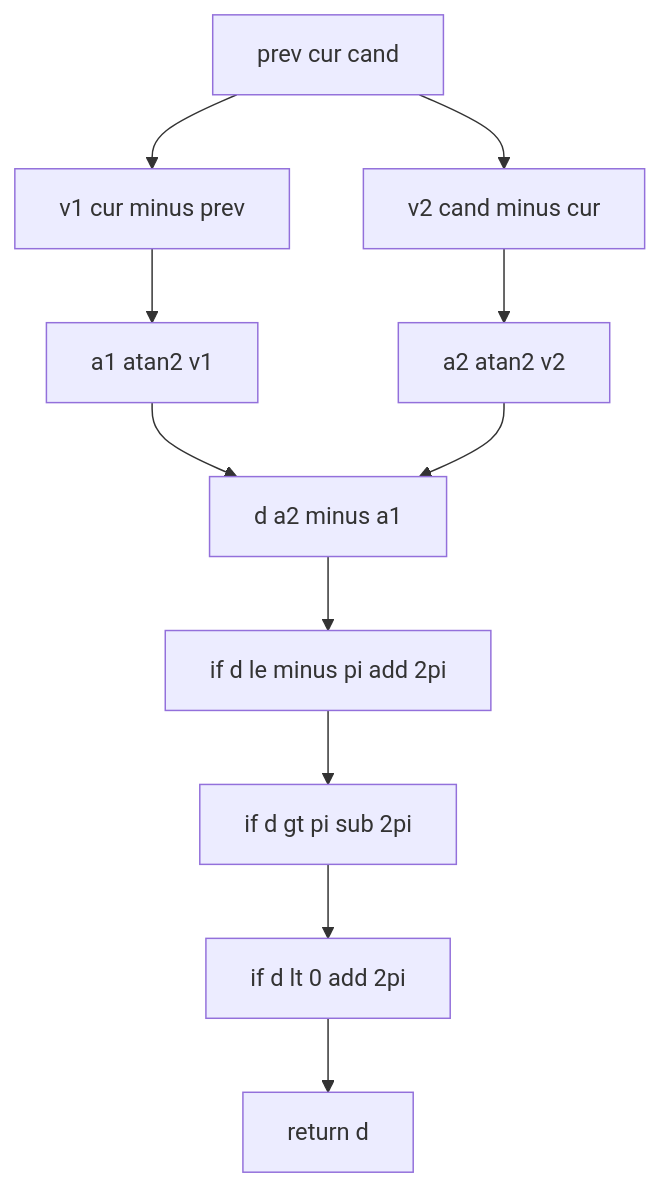
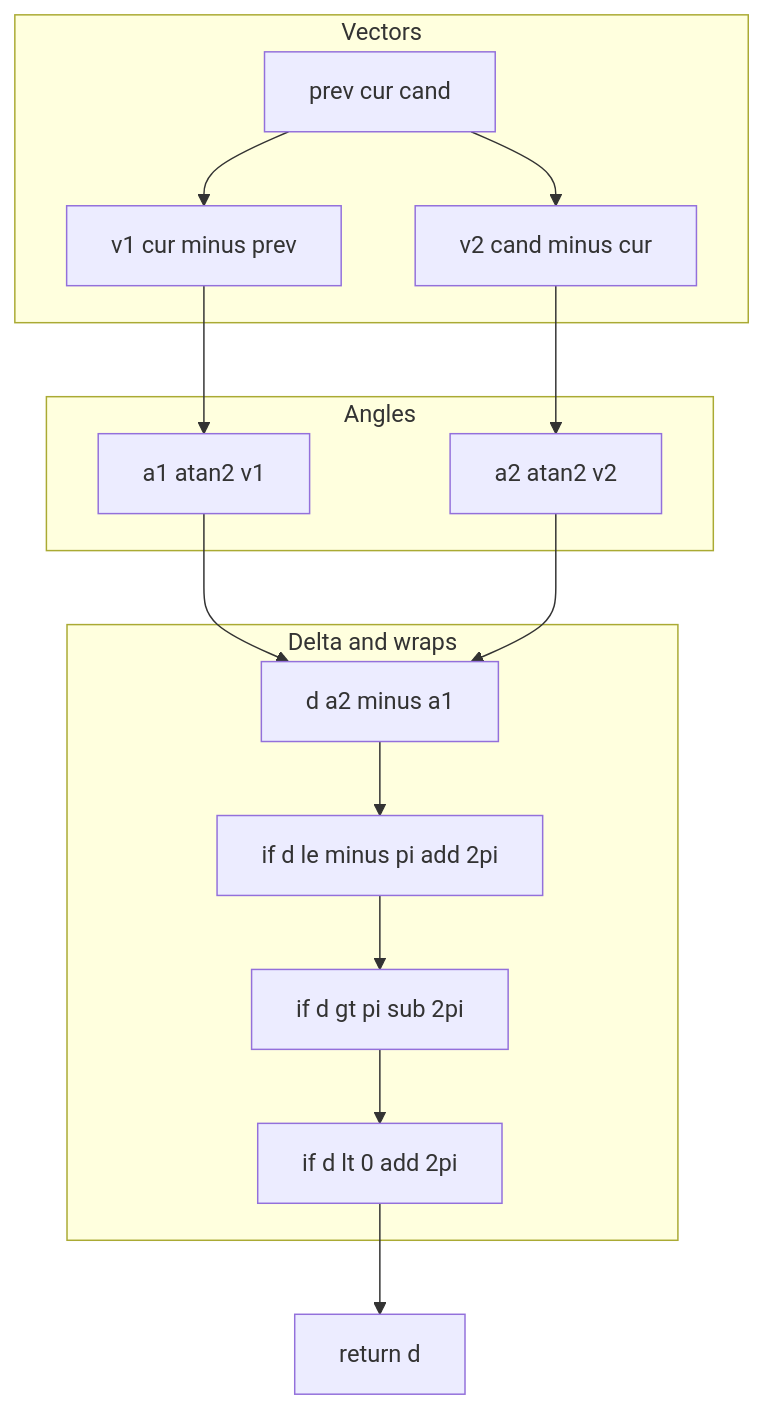
Before and after one commit to Gh0st352/AETHR: the third of 6 diagrams in docs/math/vectors.md, drawn with Mermaid. The commit also changed other lines of this file and 5 other files, not shown here.

First line of the commit message:
docs: normalize headings and enhance Mermaid diagrams in math README

````diff
--- a/docs/math/vectors.md
+++ b/docs/math/vectors.md
@@ -40,13 +63,33 @@
 ```mermaid
+%% shared theme: docs/_mermaid/theme.json %%
 flowchart TD
-  IN[prev cur cand] --> V1[v1 cur minus prev]
-  IN --> V2[v2 cand minus cur]
-  V1 --> A1[a1 atan2 v1]
-  V2 --> A2[a2 atan2 v2]
-  A1 --> D[d a2 minus a1]
+  subgraph "Vectors"
+    IN[prev cur cand]
+    V1[v1 cur minus prev]
+    V2[v2 cand minus cur]
+  end
+  subgraph "Angles"
+    A1[a1 atan2 v1]
+    A2[a2 atan2 v2]
+  end
+  subgraph "Delta and wraps"
+    D[d a2 minus a1]
+    N1[if d le minus pi add 2pi]
+    N2[if d gt pi sub 2pi]
+    N3[if d lt 0 add 2pi]
+  end
+  IN --> V1
+  IN --> V2
+  V1 --> A1
+  V2 --> A2
+  A1 --> D
   A2 --> D
-  D --> N1[if d le minus pi add 2pi]
-  N1 --> N2[if d gt pi sub 2pi]
-  N2 --> N3[if d lt 0 add 2pi]
+  D --> N1
+  N1 --> N2
+  N2 --> N3
   N3 --> OUT[return d]
+  class IN class_io;
+  class V1,V2,A1,A2 class_compute;
+  class D,N1,N2,N3 class_step;
+  class OUT class_result;
 ```
````
